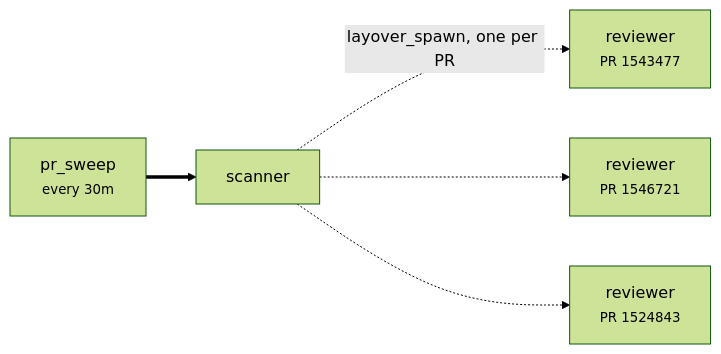
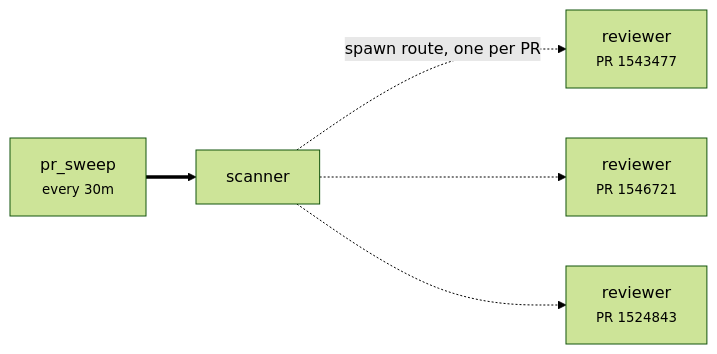
The diagram in examples/pr-review/README.md (KotkaZ/layover-project), drawn with Mermaid (forest theme) before and after one commit. The commit also changed other lines of this file and 20 other files, not shown here.

````diff
--- a/examples/pr-review/README.md
+++ b/examples/pr-review/README.md
@@ -6,7 +6,7 @@
 ```mermaid
 flowchart LR
   p["pr_sweep<br/><small>every 30m</small>"] ==> s["scanner"]
-  s -. "layover_spawn, one per PR" .-> r1["reviewer<br/><small>PR 1543477</small>"]
+  s -. "spawn route, one per PR" .-> r1["reviewer<br/><small>PR 1543477</small>"]
   s -. " " .-> r2["reviewer<br/><small>PR 1546721</small>"]
   s -. " " .-> r3["reviewer<br/><small>PR 1524843</small>"]
 ```
````
